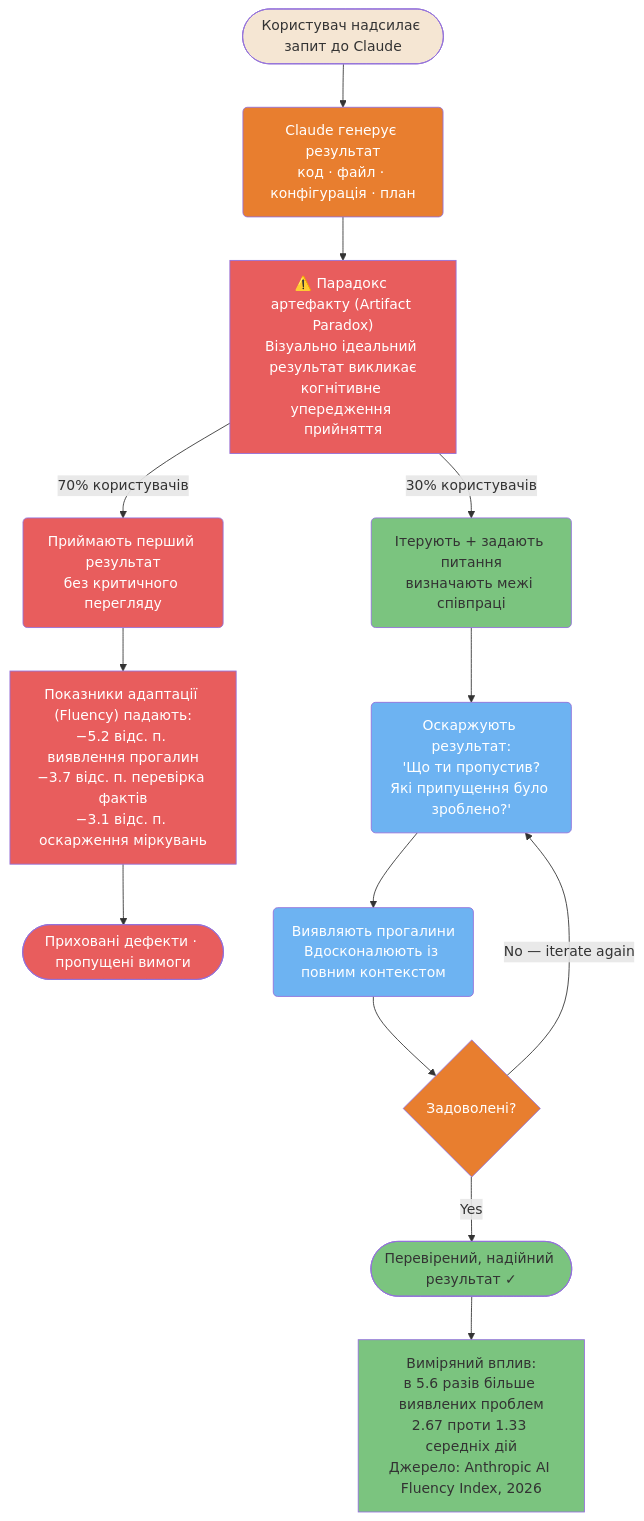
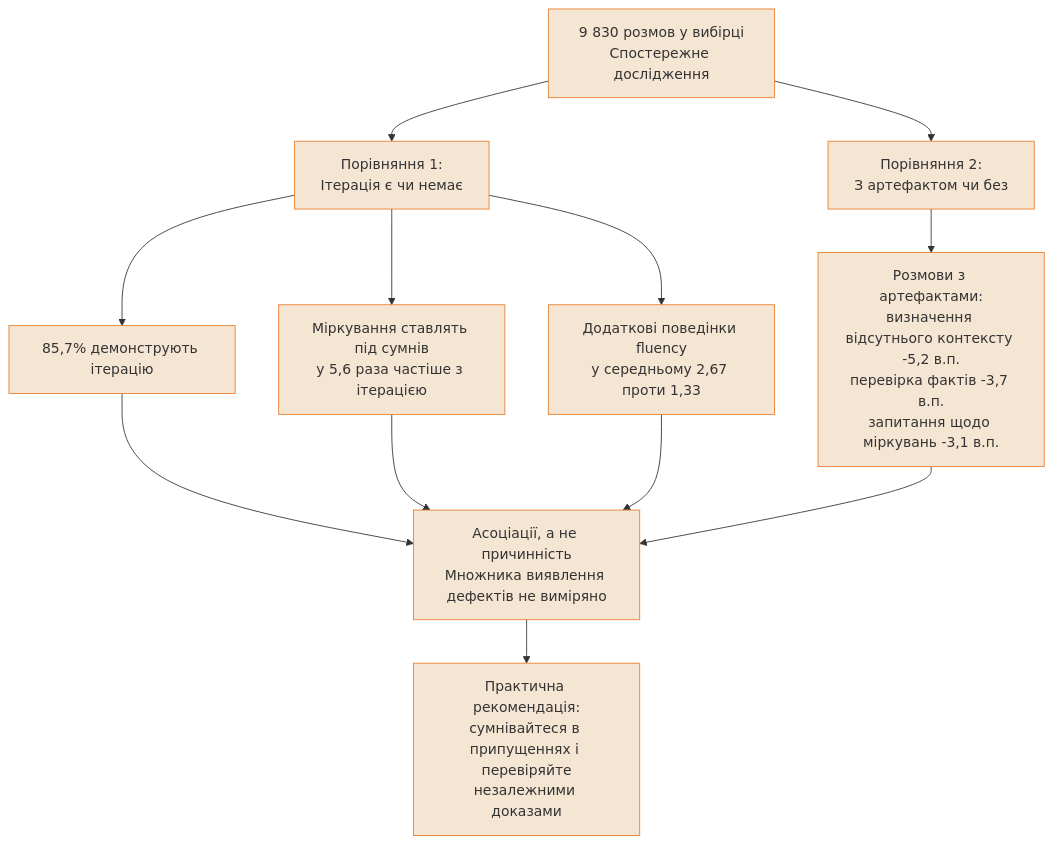
The fifth of 6 diagrams in guide/diagrams/06-development-workflows.uk.md (sermers-cyber/claude-code-ultimate-guide-ua), drawn with Mermaid before and after one commit. The commit also changed other lines of this file and 80 other files, not shown here.

````diff
--- a/guide/diagrams/06-development-workflows.uk.md
+++ b/guide/diagrams/06-development-workflows.uk.md
@@ -324,45 +261,24 @@
 ```mermaid
 flowchart TD
-    A([Користувач надсилає запит до Claude]) --> B(Claude генерує результат<br/>код · файл · конфігурація · план)
-    B --> C["⚠️ Парадокс артефакту (Artifact Paradox)<br/>Візуально ідеальний результат викликає<br/>когнітивне упередження прийняття"]
-
-    C -->|"70% користувачів"| D(Приймають перший результат<br/>без критичного перегляду)
-    C -->|"30% користувачів"| E(Ітерують + задають питання<br/>визначають межі співпраці)
-
-    D --> D1["Показники адаптації (Fluency) падають:<br/>−5.2 відс. п. виявлення прогалин<br/>−3.7 відс. п. перевірка фактів<br/>−3.1 відс. п. оскарження міркувань"]
-    D1 --> D2([Приховані дефекти · пропущені вимоги])
-
-    E --> E1("Оскаржують результат:<br/>'Що ти пропустив?<br/>Які припущення було зроблено?'")
-    E1 --> E2(Виявляють прогалини<br/>Вдосконалюють із повним контекстом)
-    E2 --> E3{Задоволені?}
-    E3 -->|No — iterate again| E1
-    E3 -->|Yes| E4([Перевірений, надійний результат ✓])
-
-    E4 --> G["Виміряний вплив:<br/>в 5.6 разів більше виявлених проблем<br/>2.67 проти 1.33 середніх дій<br/>Джерело: Anthropic AI Fluency Index, 2026"]
-
-    style A fill:#F5E6D3,color:#333
-    style B fill:#E87E2F,color:#fff
-    style C fill:#E85D5D,color:#fff
-    style D fill:#E85D5D,color:#fff
-    style D1 fill:#E85D5D,color:#fff
-    style D2 fill:#E85D5D,color:#fff
-    style E fill:#7BC47F,color:#333
-    style E1 fill:#6DB3F2,color:#fff
-    style E2 fill:#6DB3F2,color:#fff
-    style E3 fill:#E87E2F,color:#fff
-    style E4 fill:#7BC47F,color:#333
-    style G fill:#7BC47F,color:#333
-
-    click A href "https://www.anthropic.com/research/AI-fluency-index" "AI Fluency Index — Anthropic 2026"
-    click B href "https://github.com/gerasimsergey/claude-code-ultimate-guide-ua/blob/main/guide/ultimate-guide.md#common-pitfalls--best-practices" "Claude generates output"
-    click C href "https://www.anthropic.com/research/AI-fluency-index" "Artifact Paradox — Anthropic AI Fluency Index"
-    click D href "https://github.com/gerasimsergey/claude-code-ultimate-guide-ua/blob/main/guide/ultimate-guide.md#common-pitfalls--best-practices" "Accept without review"
-    click D1 href "https://www.anthropic.com/research/AI-fluency-index" "Fluency behaviors drop"
-    click D2 href "https://github.com/gerasimsergey/claude-code-ultimate-guide-ua/blob/main/guide/ultimate-guide.md#common-pitfalls--best-practices" "Silent defects"
-    click E href "https://github.com/gerasimsergey/claude-code-ultimate-guide-ua/blob/main/guide/ultimate-guide.md#23-plan-mode" "Iterate and question"
-    click E1 href "https://github.com/gerasimsergey/claude-code-ultimate-guide-ua/blob/main/guide/ultimate-guide.md#rev-the-engine" "Challenge the output"
-    click E2 href "https://github.com/gerasimsergey/claude-code-ultimate-guide-ua/blob/main/guide/workflows/iterative-refinement.md" "Identify gaps and refine"
-    click E3 href "https://github.com/gerasimsergey/claude-code-ultimate-guide-ua/blob/main/guide/workflows/iterative-refinement.md" "Satisfied?"
-    click E4 href "https://github.com/gerasimsergey/claude-code-ultimate-guide-ua/blob/main/guide/workflows/iterative-refinement.md" "Verified output"
-    click G href "https://www.anthropic.com/research/AI-fluency-index" "Measured impact — AI Fluency Index"
+    SAMPLE["9 830 розмов у вибірці<br/>Спостережне дослідження"] --> ITER["Порівняння 1:<br/>Ітерація є чи немає"]
+    SAMPLE --> ART["Порівняння 2:<br/>З артефактом чи без"]
+    ITER --> PREV["85,7% демонструють ітерацію"]
+    ITER --> REASON["Міркування ставлять під сумнів<br/>у 5,6 раза частіше з ітерацією"]
+    ITER --> BEHAVIOR["Додаткові поведінки fluency<br/>у середньому 2,67 проти 1,33"]
+    ART --> DISCERN["Розмови з артефактами:<br/>визначення відсутнього контексту -5,2 в.п.<br/>перевірка фактів -3,7 в.п.<br/>запитання щодо міркувань -3,1 в.п."]
+    PREV --> LIMIT["Асоціації, а не причинність<br/>Множника виявлення дефектів не виміряно"]
+    REASON --> LIMIT
+    BEHAVIOR --> LIMIT
+    DISCERN --> LIMIT
+    LIMIT --> PRACTICE["Практична рекомендація:<br/>сумнівайтеся в припущеннях і перевіряйте<br/>незалежними доказами"]
+    classDef default fill:#F5E6D3,color:#333,stroke:#E87E2F
+    click SAMPLE href "https://github.com/gerasimsergey/claude-code-ultimate-guide-ua/blob/main/guide/ultimate-guide.uk.md#911-типові-помилки-та-найкращі-практики" "Переглянути цей патерн у посібнику"
+    click ITER href "https://github.com/gerasimsergey/claude-code-ultimate-guide-ua/blob/main/guide/ultimate-guide.uk.md#911-типові-помилки-та-найкращі-практики" "Переглянути цей патерн у посібнику"
+    click ART href "https://github.com/gerasimsergey/claude-code-ultimate-guide-ua/blob/main/guide/ultimate-guide.uk.md#911-типові-помилки-та-найкращі-практики" "Переглянути цей патерн у посібнику"
+    click PREV href "https://github.com/gerasimsergey/claude-code-ultimate-guide-ua/blob/main/guide/ultimate-guide.uk.md#911-типові-помилки-та-найкращі-практики" "Переглянути цей патерн у посібнику"
+    click REASON href "https://github.com/gerasimsergey/claude-code-ultimate-guide-ua/blob/main/guide/ultimate-guide.uk.md#911-типові-помилки-та-найкращі-практики" "Переглянути цей патерн у посібнику"
+    click BEHAVIOR href "https://github.com/gerasimsergey/claude-code-ultimate-guide-ua/blob/main/guide/ultimate-guide.uk.md#911-типові-помилки-та-найкращі-практики" "Переглянути цей патерн у посібнику"
+    click DISCERN href "https://github.com/gerasimsergey/claude-code-ultimate-guide-ua/blob/main/guide/ultimate-guide.uk.md#911-типові-помилки-та-найкращі-практики" "Переглянути цей патерн у посібнику"
+    click LIMIT href "https://github.com/gerasimsergey/claude-code-ultimate-guide-ua/blob/main/guide/ultimate-guide.uk.md#911-типові-помилки-та-найкращі-практики" "Переглянути цей патерн у посібнику"
+    click PRACTICE href "https://github.com/gerasimsergey/claude-code-ultimate-guide-ua/blob/main/guide/ultimate-guide.uk.md#911-типові-помилки-та-найкращі-практики" "Переглянути цей патерн у посібнику"
 ```
````
